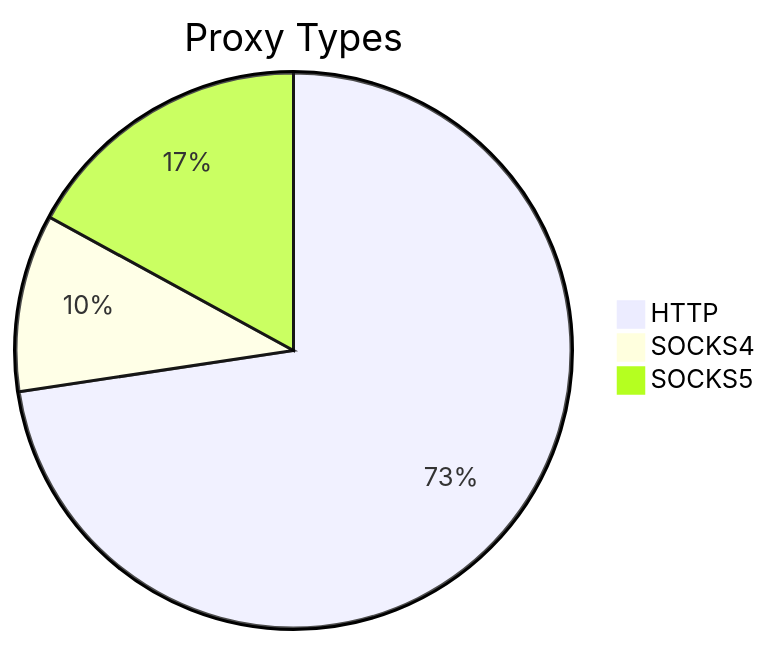
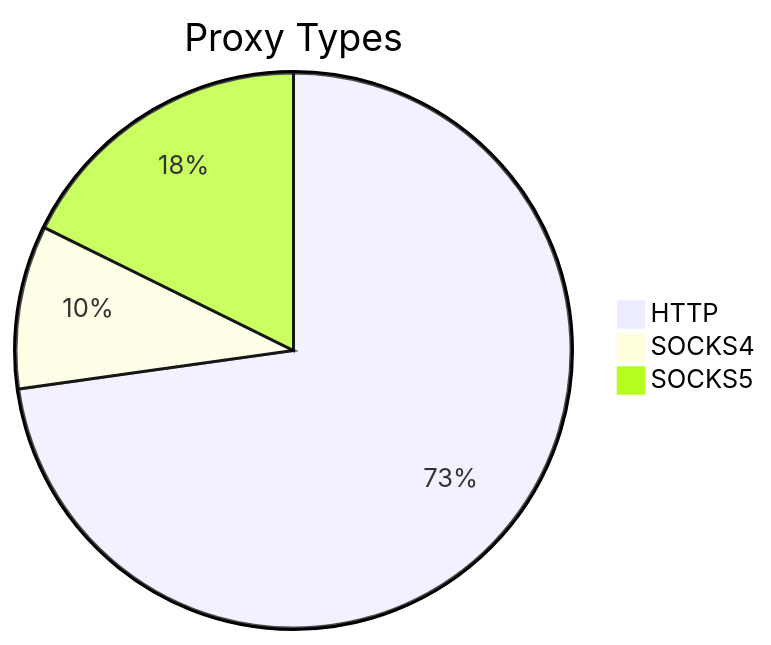
Before and after one commit to stormsia/proxy-list: the first of 2 diagrams in README.md, drawn with Mermaid. The commit also changed other lines of this file, not shown here.

````diff
--- a/README.md
+++ b/README.md
@@ -21,6 +21,6 @@
 ```mermaid
 pie title Proxy Types
-    "HTTP" : 260
-    "SOCKS4" : 37
-    "SOCKS5" : 61
+    "HTTP" : 222
+    "SOCKS4" : 29
+    "SOCKS5" : 54
 ```
````
